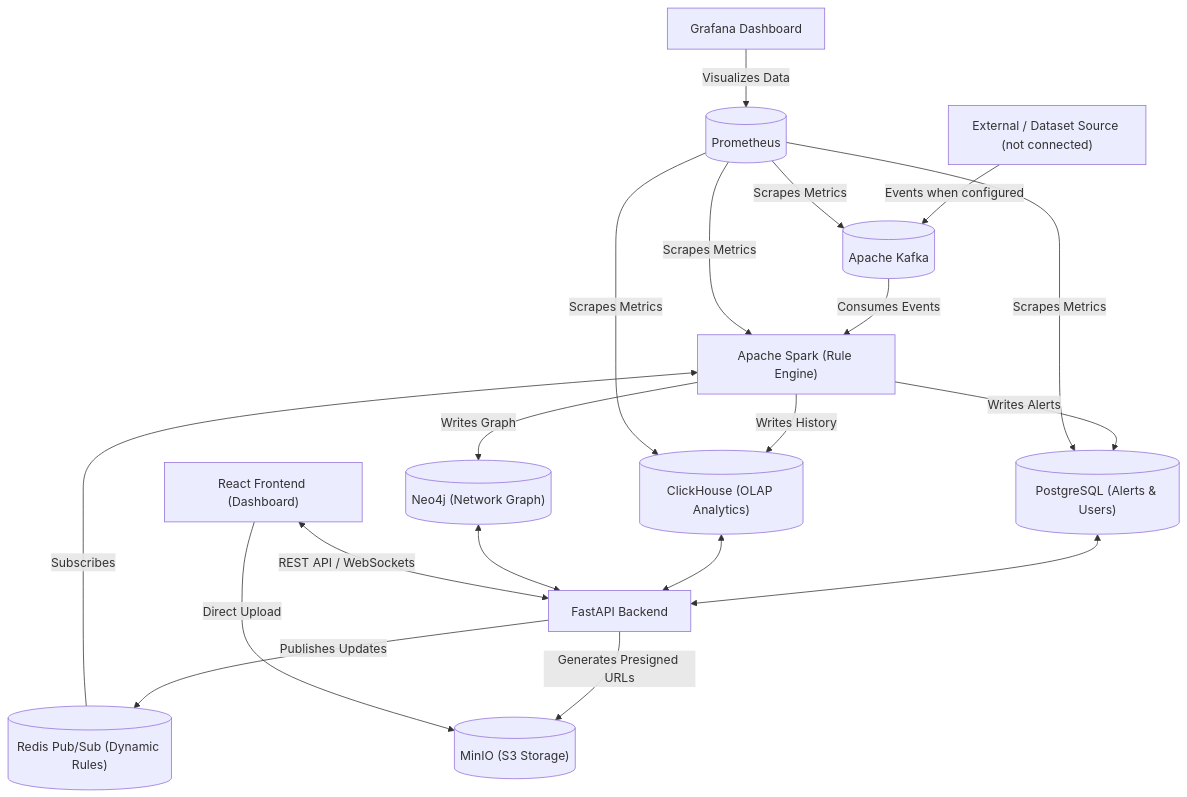
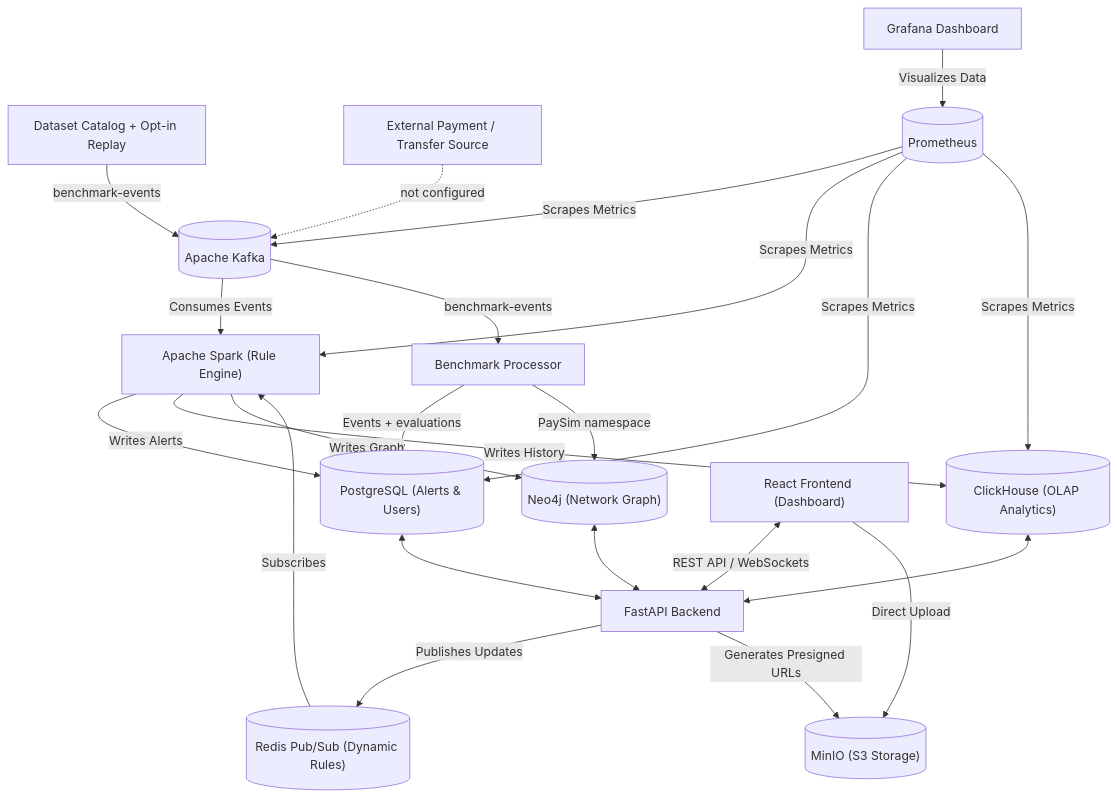
One commit to hquan07/banking_data_platform changed the diagram in README.md. Above: the diagram before and after it, drawn with Mermaid. The commit also changed other lines of this file and 5 other files, not shown here.

Commit message:
docs(datasets): align architecture with benchmark replay

````diff
--- a/README.md
+++ b/README.md
@@ -27,32 +27,36 @@
 ```mermaid
 graph TD
     %% Define Nodes
-    Source["External / Dataset Source (not connected)"] -->|Events when configured| Kafka[("Apache Kafka")]
+    Replay["Dataset Catalog + Opt-in Replay"] -->|benchmark-events| Kafka[("Apache Kafka")]
+    External["External Payment / Transfer Source"] -.->|not configured| Kafka
     Kafka -->|Consumes Events| Spark["Apache Spark (Rule Engine)"]
+    Kafka -->|benchmark-events| Benchmark["Benchmark Processor"]
     
     %% Databases
     Spark -->|Writes Alerts| Postgres[("PostgreSQL (Alerts & Users)")]
     Spark -->|Writes History| ClickHouse[("ClickHouse (OLAP Analytics)")]
     Spark -->|Writes Graph| Neo4j[("Neo4j (Network Graph)")]
+    Benchmark -->|Events + evaluations| Postgres
+    Benchmark -->|PaySim namespace| Neo4j
     
     %% Backend
     Postgres <--> Backend["FastAPI Backend"]
     ClickHouse <--> Backend
     Neo4j <--> Backend
     
     %% Dynamic Rules
     Backend -->|Publishes Updates| Redis[("Redis Pub/Sub (Dynamic Rules)")]
     Redis -->|Subscribes| Spark
     
     %% Storage
     Backend -->|Generates Presigned URLs| MinIO[("MinIO (S3 Storage)")]
     Frontend["React Frontend (Dashboard)"] <-->|REST API / WebSockets| Backend
     Frontend -->|Direct Upload| MinIO
     
     %% Monitoring
     Prometheus[("Prometheus")] -->|Scrapes Metrics| Kafka
     Prometheus -->|Scrapes Metrics| Spark
     Prometheus -->|Scrapes Metrics| Postgres
     Prometheus -->|Scrapes Metrics| ClickHouse
     Grafana["Grafana Dashboard"] -->|Visualizes Data| Prometheus
 ```
````
